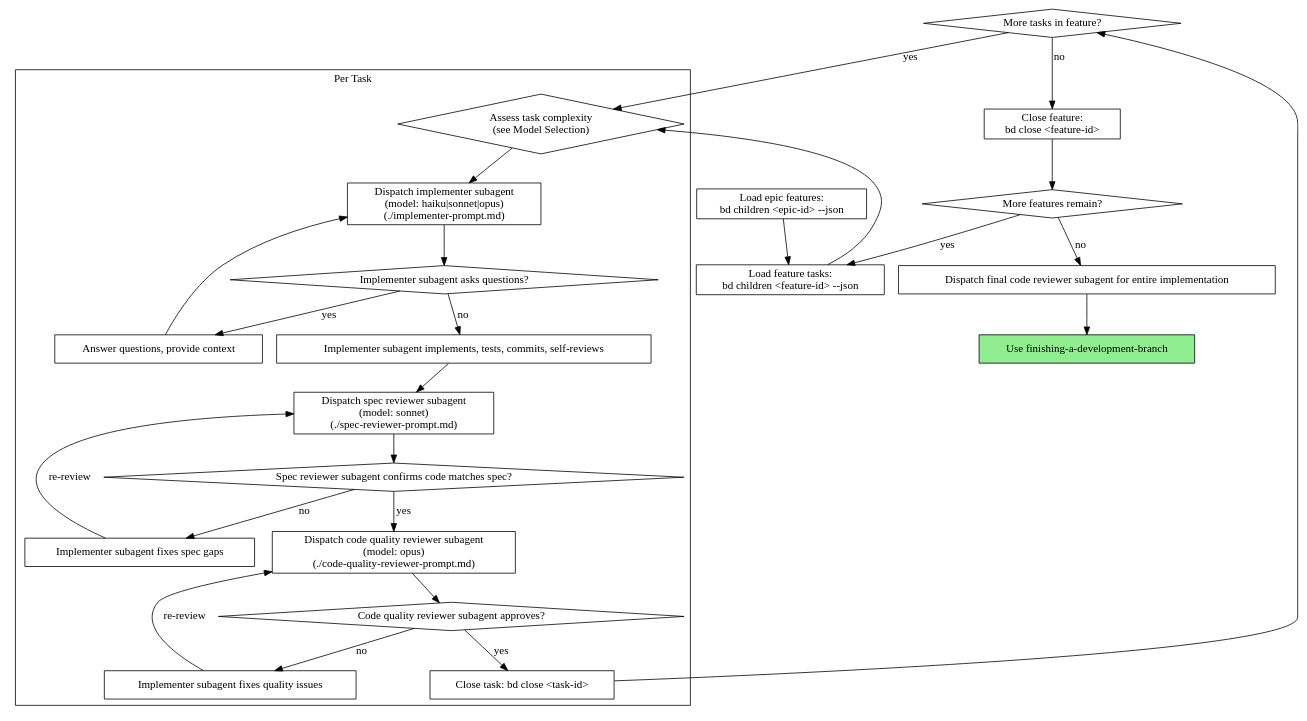
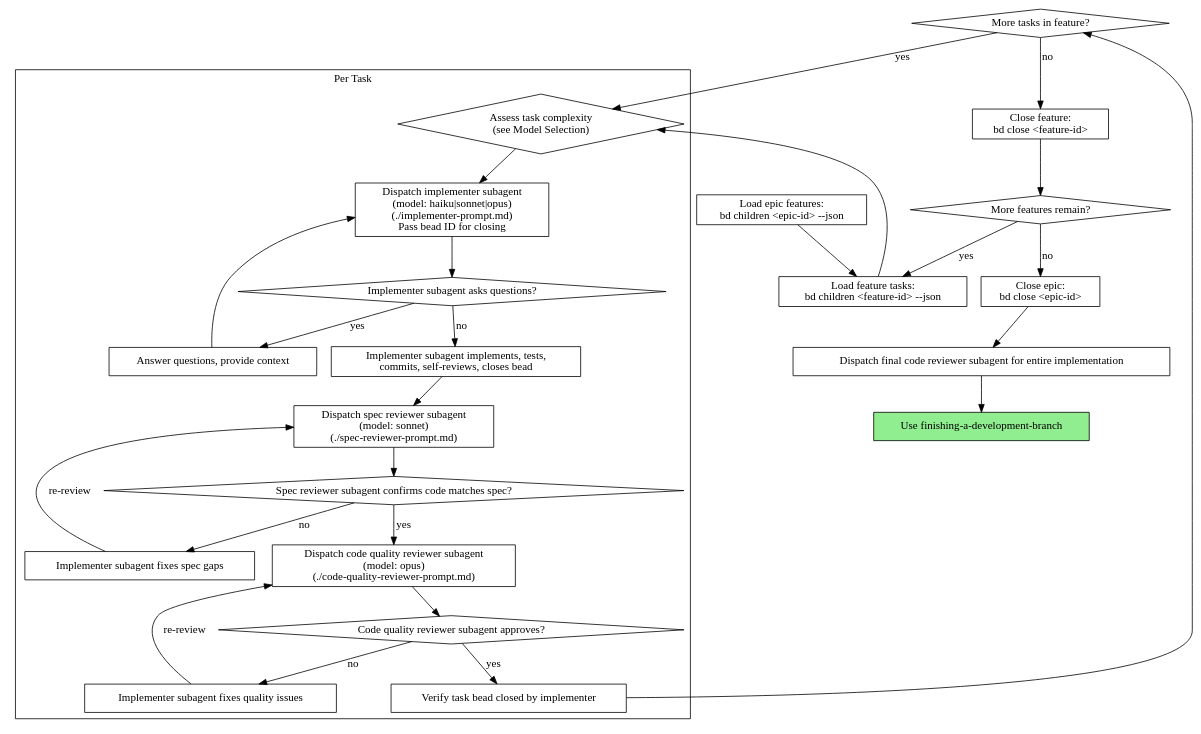
Before and after one commit to jwp23/spe: the second of 2 diagrams in .claude/skills/subagent-driven-development/SKILL.md, drawn with Graphviz. The commit also changed other lines of this file and 1 other file, not shown here.

Commit message:
fix: add bead lifecycle to subagent-driven-development skill
Implementer closes its assigned task bead after self-review.
Controller verifies closure, then closes features when all tasks
done, then closes epic when all features done.

Flowchart, example, and red flags updated to show the full
cascade: task → feature → epic.

````diff
--- a/.claude/skills/subagent-driven-development/SKILL.md
+++ b/.claude/skills/subagent-driven-development/SKILL.md
@@ -42,53 +42,55 @@
 ```dot
 digraph process {
     rankdir=TB;
 
     subgraph cluster_per_task {
         label="Per Task";
         "Assess task complexity\n(see Model Selection)" [shape=diamond];
-        "Dispatch implementer subagent\n(model: haiku|sonnet|opus)\n(./implementer-prompt.md)" [shape=box];
+        "Dispatch implementer subagent\n(model: haiku|sonnet|opus)\n(./implementer-prompt.md)\nPass bead ID for closing" [shape=box];
         "Implementer subagent asks questions?" [shape=diamond];
         "Answer questions, provide context" [shape=box];
-        "Implementer subagent implements, tests, commits, self-reviews" [shape=box];
+        "Implementer subagent implements, tests,\ncommits, self-reviews, closes bead" [shape=box];
         "Dispatch spec reviewer subagent\n(model: sonnet)\n(./spec-reviewer-prompt.md)" [shape=box];
         "Spec reviewer subagent confirms code matches spec?" [shape=diamond];
         "Implementer subagent fixes spec gaps" [shape=box];
         "Dispatch code quality reviewer subagent\n(model: opus)\n(./code-quality-reviewer-prompt.md)" [shape=box];
         "Code quality reviewer subagent approves?" [shape=diamond];
         "Implementer subagent fixes quality issues" [shape=box];
-        "Close task: bd close <task-id>" [shape=box];
+        "Verify task bead closed by implementer" [shape=box];
     }
 
     "Load epic features:\nbd children <epic-id> --json" [shape=box];
     "Load feature tasks:\nbd children <feature-id> --json" [shape=box];
     "More tasks in feature?" [shape=diamond];
     "Close feature:\nbd close <feature-id>" [shape=box];
     "More features remain?" [shape=diamond];
+    "Close epic:\nbd close <epic-id>" [shape=box];
     "Dispatch final code reviewer subagent for entire implementation" [shape=box];
     "Use finishing-a-development-branch" [shape=box style=filled fillcolor=lightgreen];
 
     "Load epic features:\nbd children <epic-id> --json" -> "Load feature tasks:\nbd children <feature-id> --json";
     "Load feature tasks:\nbd children <feature-id> --json" -> "Assess task complexity\n(see Model Selection)";
-    "Assess task complexity\n(see Model Selection)" -> "Dispatch implementer subagent\n(model: haiku|sonnet|opus)\n(./implementer-prompt.md)";
-    "Dispatch implementer subagent\n(model: haiku|sonnet|opus)\n(./implementer-prompt.md)" -> "Implementer subagent asks questions?";
+    "Assess task complexity\n(see Model Selection)" -> "Dispatch implementer subagent\n(model: haiku|sonnet|opus)\n(./implementer-prompt.md)\nPass bead ID for closing";
+    "Dispatch implementer subagent\n(model: haiku|sonnet|opus)\n(./implementer-prompt.md)\nPass bead ID for closing" -> "Implementer subagent asks questions?";
     "Implementer subagent asks questions?" -> "Answer questions, provide context" [label="yes"];
-    "Answer questions, provide context" -> "Dispatch implementer subagent\n(model: haiku|sonnet|opus)\n(./implementer-prompt.md)";
-    "Implementer subagent asks questions?" -> "Implementer subagent implements, tests, commits, self-reviews" [label="no"];
-    "Implementer subagent implements, tests, commits, self-reviews" -> "Dispatch spec reviewer subagent\n(model: sonnet)\n(./spec-reviewer-prompt.md)";
+    "Answer questions, provide context" -> "Dispatch implementer subagent\n(model: haiku|sonnet|opus)\n(./implementer-prompt.md)\nPass bead ID for closing";
+    "Implementer subagent asks questions?" -> "Implementer subagent implements, tests,\ncommits, self-reviews, closes bead" [label="no"];
+    "Implementer subagent implements, tests,\ncommits, self-reviews, closes bead" -> "Dispatch spec reviewer subagent\n(model: sonnet)\n(./spec-reviewer-prompt.md)";
     "Dispatch spec reviewer subagent\n(model: sonnet)\n(./spec-reviewer-prompt.md)" -> "Spec reviewer subagent confirms code matches spec?";
     "Spec reviewer subagent confirms code matches spec?" -> "Implementer subagent fixes spec gaps" [label="no"];
     "Implementer subagent fixes spec gaps" -> "Dispatch spec reviewer subagent\n(model: sonnet)\n(./spec-reviewer-prompt.md)" [label="re-review"];
     "Spec reviewer subagent confirms code matches spec?" -> "Dispatch code quality reviewer subagent\n(model: opus)\n(./code-quality-reviewer-prompt.md)" [label="yes"];
     "Dispatch code quality reviewer subagent\n(model: opus)\n(./code-quality-reviewer-prompt.md)" -> "Code quality reviewer subagent approves?";
     "Code quality reviewer subagent approves?" -> "Implementer subagent fixes quality issues" [label="no"];
     "Implementer subagent fixes quality issues" -> "Dispatch code quality reviewer subagent\n(model: opus)\n(./code-quality-reviewer-prompt.md)" [label="re-review"];
-    "Code quality reviewer subagent approves?" -> "Close task: bd close <task-id>" [label="yes"];
-    "Close task: bd close <task-id>" -> "More tasks in feature?";
+    "Code quality reviewer subagent approves?" -> "Verify task bead closed by implementer" [label="yes"];
+    "Verify task bead closed by implementer" -> "More tasks in feature?";
     "More tasks in feature?" -> "Assess task complexity\n(see Model Selection)" [label="yes"];
     "More tasks in feature?" -> "Close feature:\nbd close <feature-id>" [label="no"];
     "Close feature:\nbd close <feature-id>" -> "More features remain?";
     "More features remain?" -> "Load feature tasks:\nbd children <feature-id> --json" [label="yes"];
-    "More features remain?" -> "Dispatch final code reviewer subagent for entire implementation" [label="no"];
+    "More features remain?" -> "Close epic:\nbd close <epic-id>" [label="no"];
+    "Close epic:\nbd close <epic-id>" -> "Dispatch final code reviewer subagent for entire implementation";
     "Dispatch final code reviewer subagent for entire implementation" -> "Use finishing-a-development-branch";
 }
 ```
````
